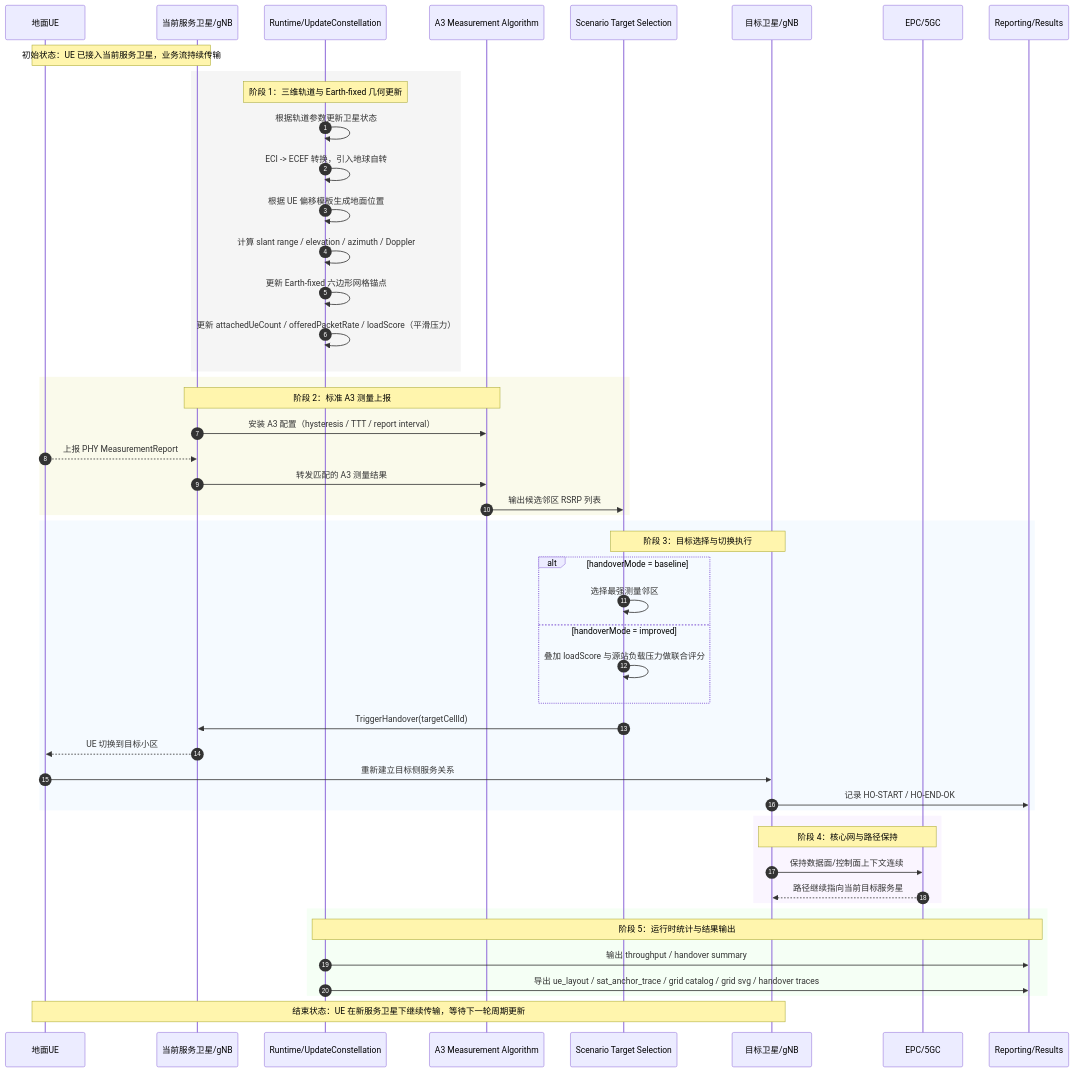
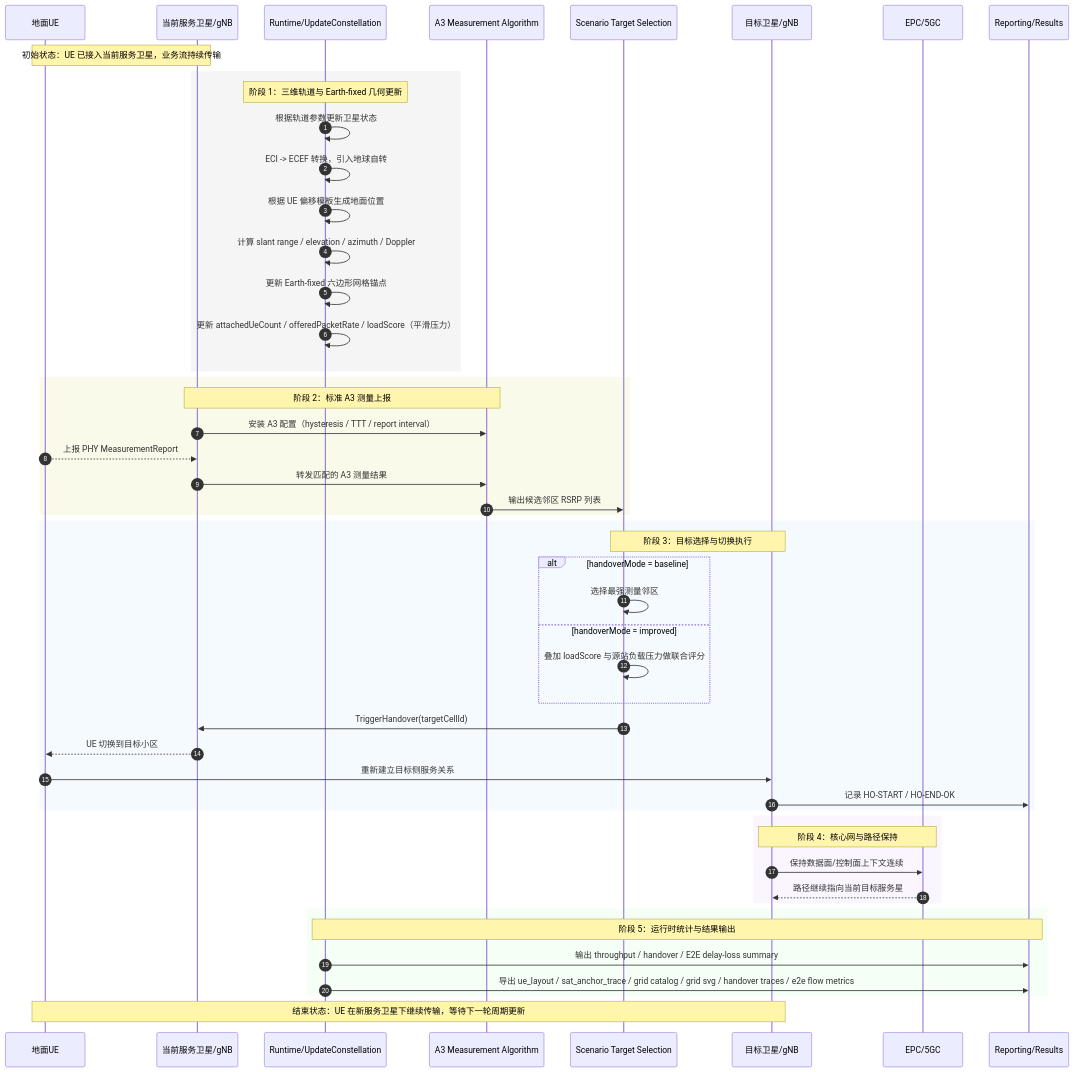
One commit to wwwwwzq0068/ns3-5glena-- changed the first of 2 diagrams in scratch/midterm-report/midterm-handover-flowcharts.md. Above: the diagram before and after it, drawn with Mermaid. The commit also changed other lines of this file and 18 other files, not shown here.

````diff
--- a/scratch/midterm-report/midterm-handover-flowcharts.md
+++ b/scratch/midterm-report/midterm-handover-flowcharts.md
@@ -20,59 +20,59 @@
 ```mermaid
 sequenceDiagram
     autonumber
     participant UE as 地面UE
     participant SRC as 当前服务卫星/gNB
     participant RT as Runtime/UpdateConstellation
     participant A3 as A3 Measurement Algorithm
     participant DEC as Scenario Target Selection
     participant TGT as 目标卫星/gNB
     participant EPC as EPC/5GC
     participant REP as Reporting/Results
 
     Note over UE,SRC: 初始状态：UE 已接入当前服务卫星，业务流持续传输
 
     rect rgb(245,245,245)
         Note over RT: 阶段 1：三维轨道与 Earth-fixed 几何更新
         RT->>RT: 根据轨道参数更新卫星状态
         RT->>RT: ECI -> ECEF 转换，引入地球自转
         RT->>RT: 根据 UE 偏移模板生成地面位置
         RT->>RT: 计算 slant range / elevation / azimuth / Doppler
         RT->>RT: 更新 Earth-fixed 六边形网格锚点
         RT->>RT: 更新 attachedUeCount / offeredPacketRate / loadScore（平滑压力）
     end
 
     rect rgb(250,250,235)
         Note over SRC,A3: 阶段 2：标准 A3 测量上报
         SRC->>A3: 安装 A3 配置（hysteresis / TTT / report interval）
         UE-->>SRC: 上报 PHY MeasurementReport
         SRC->>A3: 转发匹配的 A3 测量结果
         A3->>DEC: 输出候选邻区 RSRP 列表
     end
 
     rect rgb(245,250,255)
         Note over DEC,TGT: 阶段 3：目标选择与切换执行
         alt handoverMode = baseline
             DEC->>DEC: 选择最强测量邻区
         else handoverMode = improved
             DEC->>DEC: 叠加 loadScore 与源站负载压力做联合评分
         end
         DEC->>SRC: TriggerHandover(targetCellId)
         SRC-->>UE: UE 切换到目标小区
         UE->>TGT: 重新建立目标侧服务关系
         TGT->>REP: 记录 HO-START / HO-END-OK
     end
 
     rect rgb(250,245,255)
         Note over TGT,EPC: 阶段 4：核心网与路径保持
         TGT->>EPC: 保持数据面/控制面上下文连续
         EPC-->>TGT: 路径继续指向当前目标服务星
     end
 
     rect rgb(245,255,245)
         Note over RT,REP: 阶段 5：运行时统计与结果输出
-        RT->>REP: 输出 throughput / handover summary
-        RT->>REP: 导出 ue_layout / sat_anchor_trace / grid catalog / grid svg / handover traces
+        RT->>REP: 输出 throughput / handover / E2E delay-loss summary
+        RT->>REP: 导出 ue_layout / sat_anchor_trace / grid catalog / grid svg / handover traces / e2e flow metrics
     end
 
     Note over UE,TGT: 结束状态：UE 在新服务卫星下继续传输，等待下一轮周期更新
 ```
````
